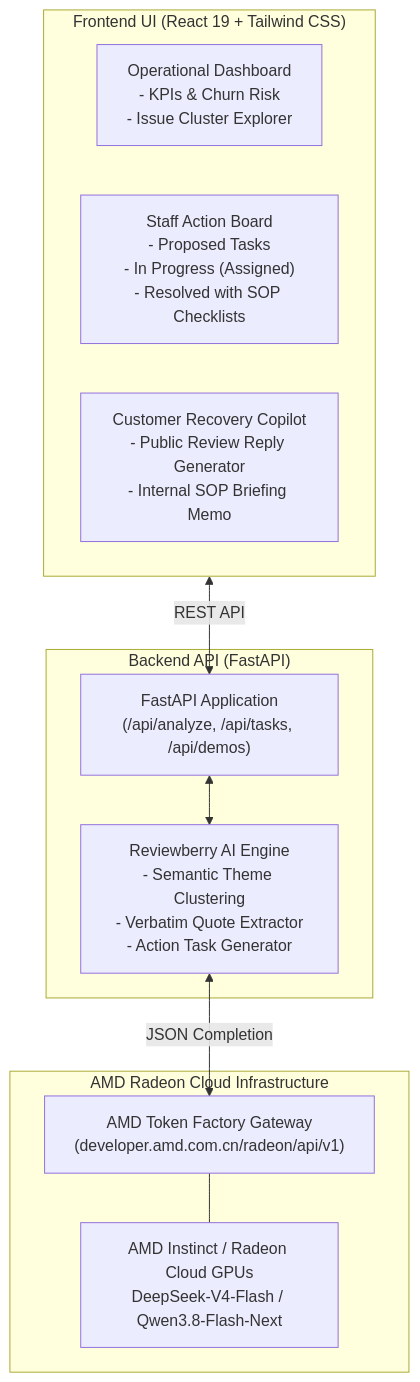
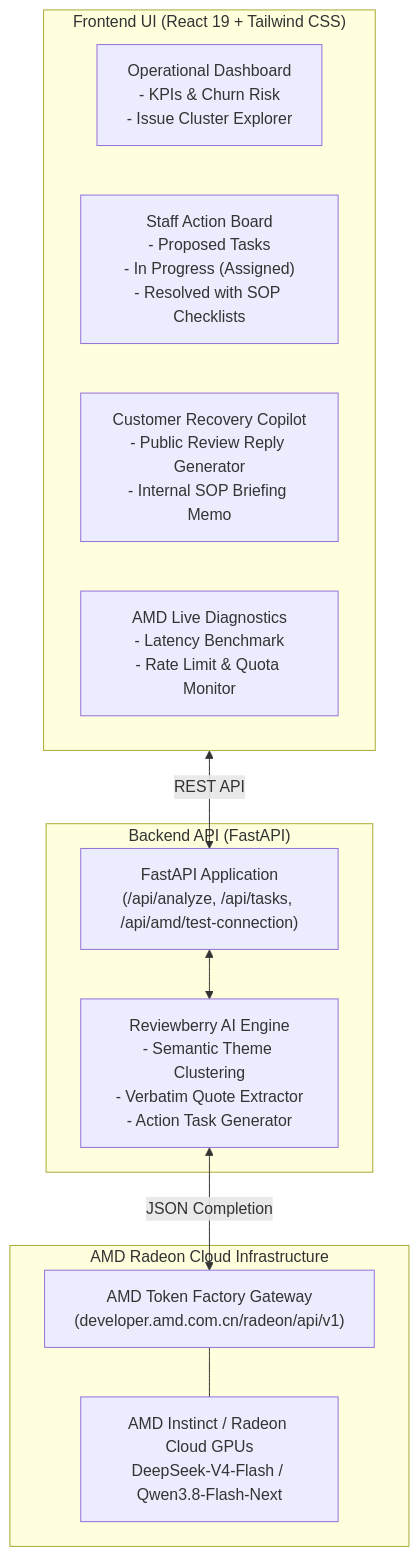
One commit to senu-io/Reviewberry changed the diagram in README.md. Above: the diagram before and after it, drawn with Mermaid. The commit also changed other lines of this file and 15 other files, not shown here.

Commit message:
feat: redesign UI/UX with obsidian cyber-berry theme, add live AMD Token Factory tester, and credit Team Voyagers

````diff
--- a/README.md
+++ b/README.md
@@ -58,23 +60,24 @@
 ```mermaid
 flowchart TD
     subgraph UI["Frontend UI (React 19 + Tailwind CSS)"]
         Dashboard["Operational Dashboard\n- KPIs & Churn Risk\n- Issue Cluster Explorer"]
         Kanban["Staff Action Board\n- Proposed Tasks\n- In Progress (Assigned)\n- Resolved with SOP Checklists"]
         Recovery["Customer Recovery Copilot\n- Public Review Reply Generator\n- Internal SOP Briefing Memo"]
+        Tester["AMD Live Diagnostics\n- Latency Benchmark\n- Rate Limit & Quota Monitor"]
     end
 
     subgraph API["Backend API (FastAPI)"]
-        Router["FastAPI Application\n(/api/analyze, /api/tasks, /api/demos)"]
+        Router["FastAPI Application\n(/api/analyze, /api/tasks, /api/amd/test-connection)"]
         Engine["Reviewberry AI Engine\n- Semantic Theme Clustering\n- Verbatim Quote Extractor\n- Action Task Generator"]
     end
 
     subgraph AMD["AMD Radeon Cloud Infrastructure"]
         TokenFactory["AMD Token Factory Gateway\n(developer.amd.com.cn/radeon/api/v1)"]
         RadeonGPU["AMD Instinct / Radeon Cloud GPUs\nDeepSeek-V4-Flash / Qwen3.8-Flash-Next"]
     end
 
     UI <-->|REST API| Router
     Router <--> Engine
     Engine <-->|JSON Completion| TokenFactory
     TokenFactory --- RadeonGPU
 ```
````
